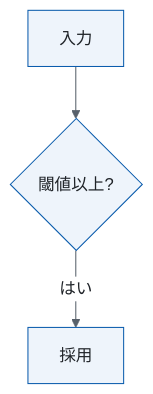
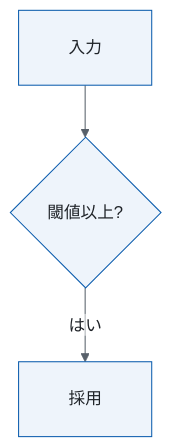
One commit to spin-glass/tool-slides changed the first of 2 diagrams in tests/fixtures/design/ok.md. Above: the diagram before and after it, drawn with Mermaid. The commit also changed other lines of this file and 17 other files, not shown here.

First line of the commit message:
design-doc: 図の形・色・ラベル・題を検査し、Notion の修正指示の受け方を足す

````diff
--- a/tests/fixtures/design/ok.md
+++ b/tests/fixtures/design/ok.md
@@ -19,6 +19,6 @@
 ```mermaid
-%%{init: {"theme": "base", "themeVariables": {"fontSize": "16px", "fontFamily": "Hiragino Sans, Noto Sans JP, sans-serif", "primaryColor": "#eef4fb", "primaryBorderColor": "#0b5cad", "primaryTextColor": "#1f2328", "lineColor": "#57606a", "edgeLabelBackground": "#ffffff", "taskBkgColor": "#eef4fb", "taskBorderColor": "#0b5cad", "taskTextColor": "#1f2328", "critBkgColor": "#b35900", "critBorderColor": "#b35900", "gridColor": "#d0d7de", "sectionBkgColor": "#ffffff"}}}%%
+%%{init: {"theme": "base", "fontFamily": "Hiragino Sans, Noto Sans JP, sans-serif", "themeCSS": ".edgeLabel rect{opacity:1}", "flowchart": {"padding": 24, "htmlLabels": false}, "themeVariables": {"fontSize": "16px", "fontFamily": "Hiragino Sans, Noto Sans JP, sans-serif", "primaryColor": "#eef4fb", "primaryBorderColor": "#0b5cad", "primaryTextColor": "#1f2328", "lineColor": "#57606a", "edgeLabelBackground": "#ffffff", "taskBkgColor": "#eef4fb", "taskBorderColor": "#0b5cad", "taskTextColor": "#1f2328", "critBkgColor": "#b35900", "critBorderColor": "#b35900", "gridColor": "#d0d7de", "sectionBkgColor": "#ffffff"}}}%%
 flowchart TB
   A[入力] --> B{閾値以上?}
   B -->|はい| C[採用]
 ```
````
